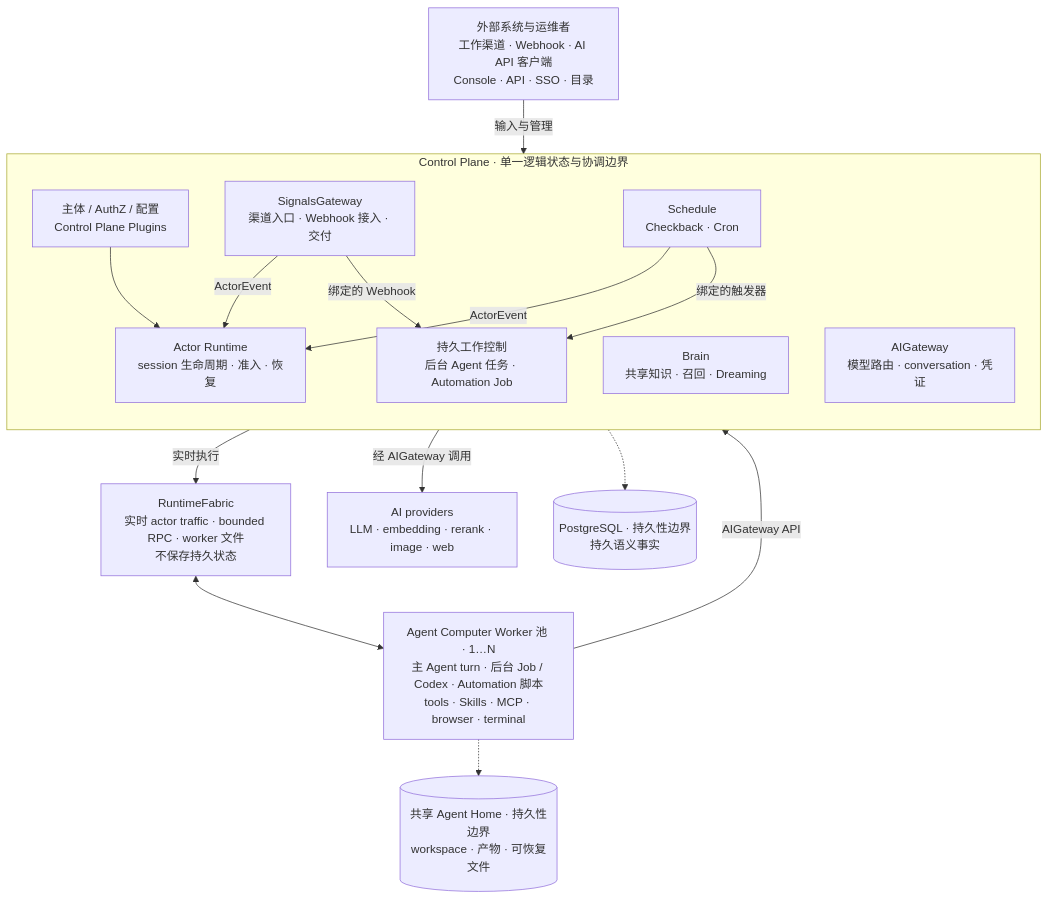
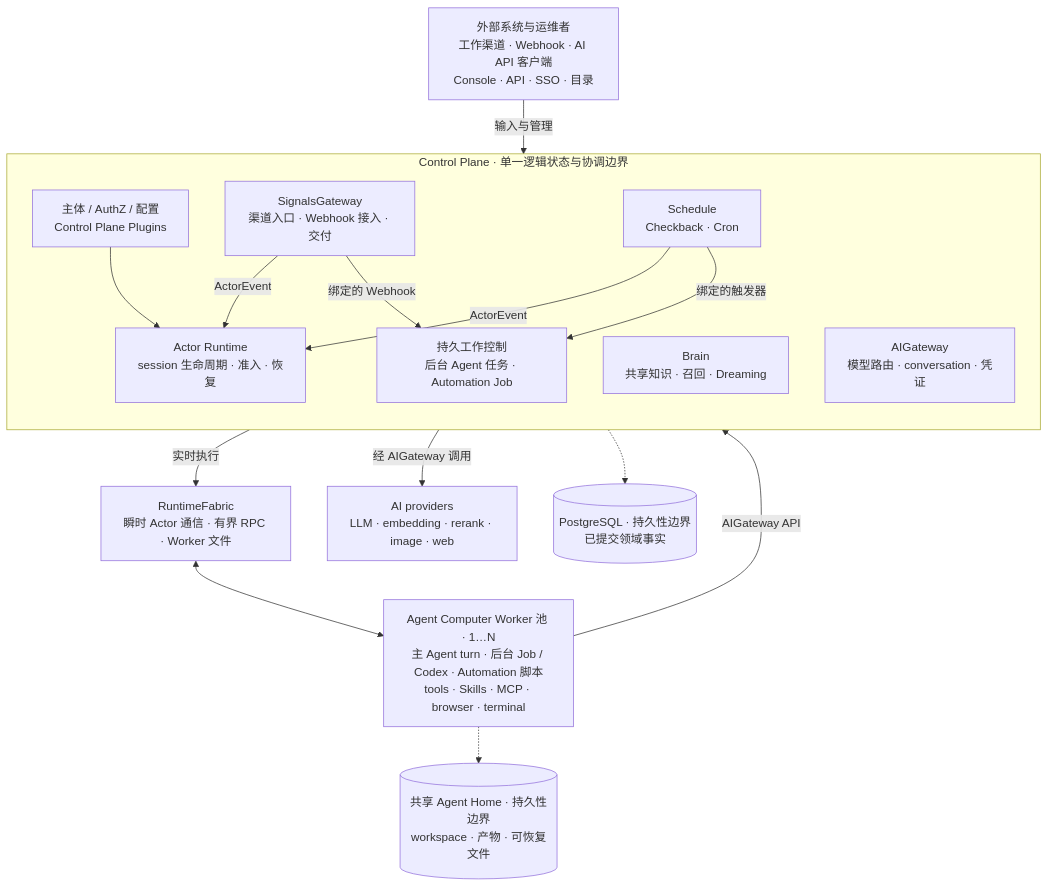
The diagram in README.zh-Hans.md (AgentBull/ankole), drawn with Mermaid before and after one commit. The commit also changed other lines of this file and 450 other files, not shown here.

````diff
--- a/README.zh-Hans.md
+++ b/README.zh-Hans.md
@@ -84,35 +72,35 @@
 ```mermaid
 flowchart TB
   External["外部系统与运维者<br/>工作渠道 · Webhook · AI API 客户端<br/>Console · API · SSO · 目录"]
 
   subgraph Control["Control Plane · 单一逻辑状态与协调边界"]
     direction TB
     Platform["主体 / AuthZ / 配置<br/>Control Plane Plugins"]
     SG["SignalsGateway<br/>渠道入口 · Webhook 接入 · 交付"]
     Schedule["Schedule<br/>Checkback · Cron"]
     Runtime["Actor Runtime<br/>session 生命周期 · 准入 · 恢复"]
     Jobs["持久工作控制<br/>后台 Agent 任务 · Automation Job"]
     Brain["Brain<br/>共享知识 · 召回 · Dreaming"]
     AI["AIGateway<br/>模型路由 · conversation · 凭证"]
   end
 
-  Fabric["RuntimeFabric<br/>实时 actor traffic · bounded RPC · worker 文件<br/>不保存持久状态"]
+  Fabric["RuntimeFabric<br/>瞬时 Actor 通信 · 有界 RPC · Worker 文件"]
   Workers["Agent Computer Worker 池 · 1…N<br/>主 Agent turn · 后台 Job / Codex · Automation 脚本<br/>tools · Skills · MCP · browser · terminal"]
   Providers["AI providers<br/>LLM · embedding · rerank · image · web"]
 
-  PG[("PostgreSQL · 持久性边界<br/>持久语义事实")]
+  PG[("PostgreSQL · 持久性边界<br/>已提交领域事实")]
   Home[("共享 Agent Home · 持久性边界<br/>workspace · 产物 · 可恢复文件")]
 
   External -->|"输入与管理"| Control
   SG -->|"ActorEvent"| Runtime
   Schedule -->|"ActorEvent"| Runtime
   SG -->|"绑定的 Webhook"| Jobs
   Schedule -->|"绑定的触发器"| Jobs
   Platform --> Runtime
   Control -->|"实时执行"| Fabric
   Fabric <--> Workers
   Workers -->|"AIGateway API"| Control
   Control -->|"经 AIGateway 调用"| Providers
   Control -.-> PG
   Workers -.-> Home
 ```
````
